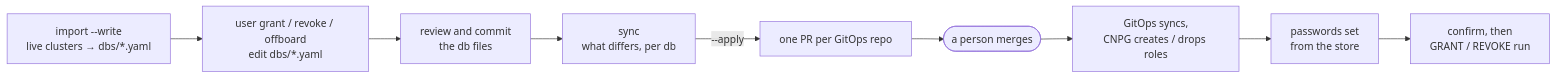
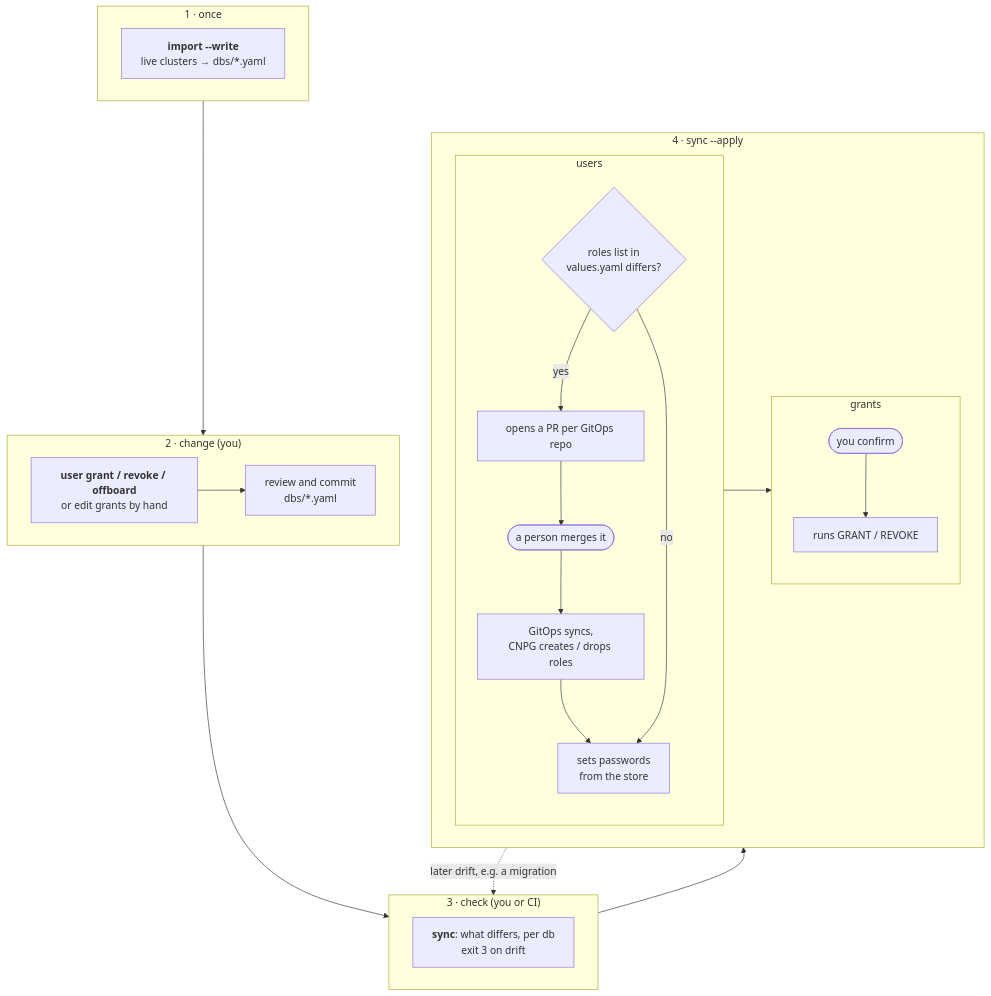
Before and after one commit to caseycs/cnpg-users-grants: the diagram in README.md, drawn with Mermaid. The commit also changed other lines of this file, not shown here.

Commit message:
docs: workflow section with a staged diagram, PR shown as optional

````diff
--- a/README.md
+++ b/README.md
@@ -12,11 +12,32 @@
 ```mermaid
-flowchart LR
-  import["import --write<br/>live clusters → dbs/*.yaml"] --> edit["user grant / revoke / offboard<br/>edit dbs/*.yaml"]
-  edit --> review["review and commit<br/>the db files"]
-  review --> sync["sync<br/>what differs, per db"]
-  sync -- "--apply" --> pr["one PR per GitOps repo"]
-  pr --> merge(["a person merges"])
-  merge --> rollout["GitOps syncs,<br/>CNPG creates / drops roles"]
-  rollout --> passwords["passwords set<br/>from the store"]
-  passwords --> sql["confirm, then<br/>GRANT / REVOKE run"]
+flowchart TD
+  subgraph once["1 · once"]
+    import["<b>import --write</b><br/>live clusters → dbs/*.yaml"]
+  end
+  subgraph change["2 · change (you)"]
+    direction LR
+    edit["<b>user grant / revoke / offboard</b><br/>or edit grants by hand"] --> commit["review and commit<br/>dbs/*.yaml"]
+  end
+  subgraph check["3 · check (you or CI)"]
+    sync["<b>sync</b>: what differs, per db<br/>exit 3 on drift"]
+  end
+  subgraph apply["4 · sync --apply"]
+    direction LR
+    subgraph users["users"]
+      direction TB
+      differs{"roles list in<br/>values.yaml differs?"}
+      differs -- yes --> pr["opens a PR per GitOps repo"]
+      pr --> merge(["a person merges it"])
+      merge --> rollout["GitOps syncs,<br/>CNPG creates / drops roles"]
+      rollout --> pw["sets passwords<br/>from the store"]
+      differs -- no --> pw
+    end
+    subgraph grants["grants"]
+      direction TB
+      confirm(["you confirm"]) --> sql["runs GRANT / REVOKE"]
+    end
+    users --> grants
+  end
+  once --> change --> check --> apply
+  apply -. "later drift, e.g. a migration" .-> check
 ```
````
